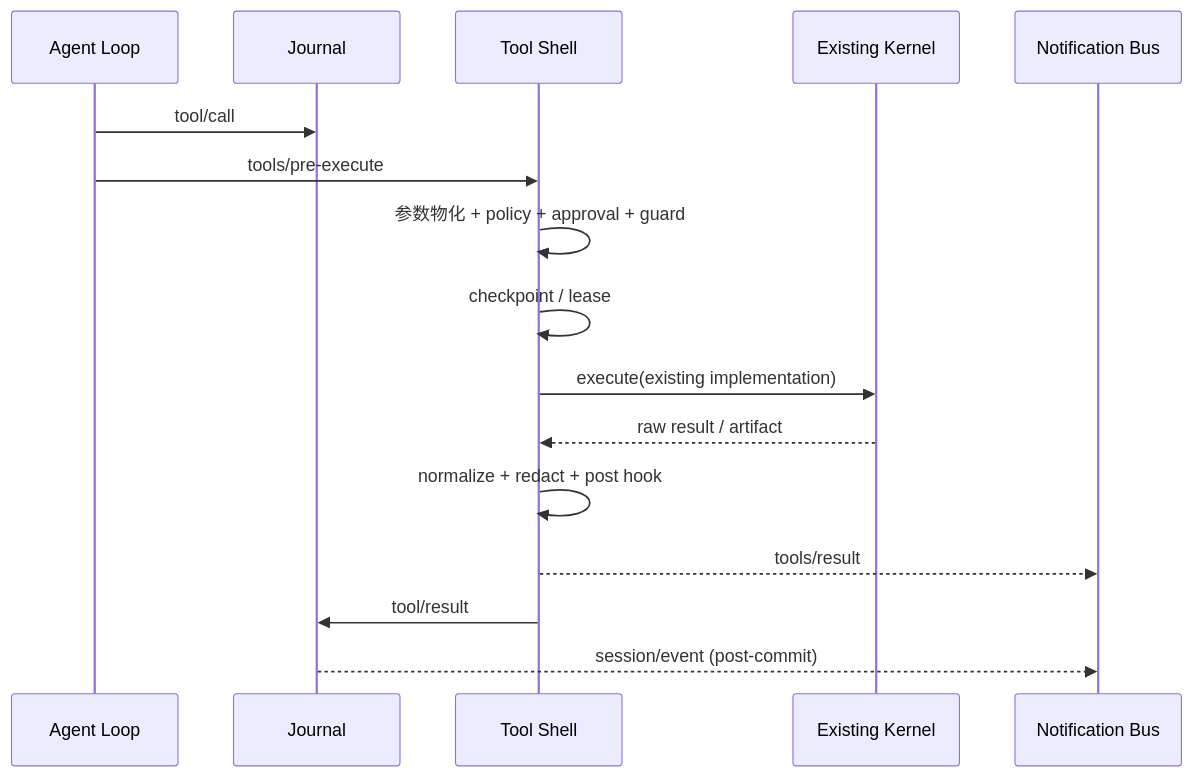
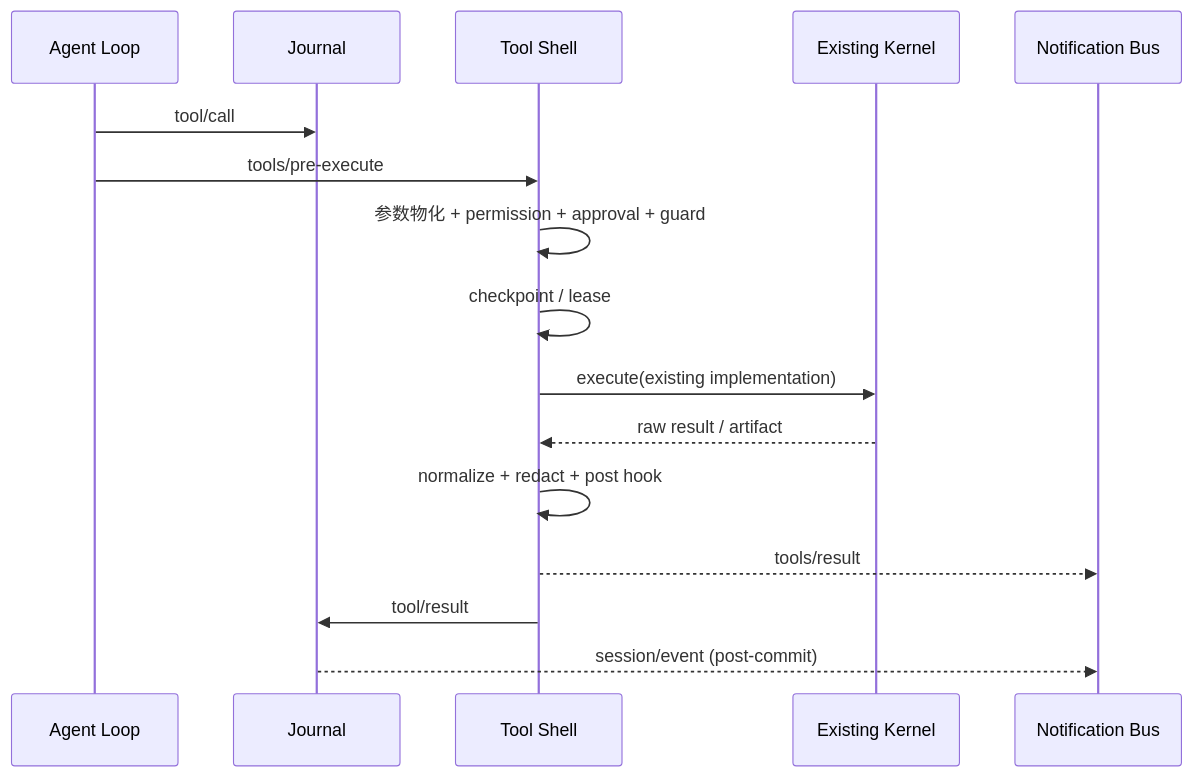
Before and after one commit to WakeUp-Jin/actspace-agent: the second of 2 diagrams in docs/design-docs/agent-plugin-runtime/agent-spec-tool-runtime-boundary.md, drawn with Mermaid. The commit also changed other lines of this file and 102 other files, not shown here.

````diff
--- a/docs/design-docs/agent-plugin-runtime/agent-spec-tool-runtime-boundary.md
+++ b/docs/design-docs/agent-plugin-runtime/agent-spec-tool-runtime-boundary.md
@@ -48,18 +48,18 @@
 ```mermaid
 sequenceDiagram
     participant A as Agent Loop
     participant J as Journal
     participant S as Tool Shell
     participant K as Existing Kernel
     participant N as Notification Bus
     A->>J: tool/call
     A->>S: tools/pre-execute
-    S->>S: 参数物化 + policy + approval + guard
+    S->>S: 参数物化 + permission + approval + guard
     S->>S: checkpoint / lease
     S->>K: execute(existing implementation)
     K-->>S: raw result / artifact
     S->>S: normalize + redact + post hook
     S-->>N: tools/result
     S->>J: tool/result
     J-->>N: session/event (post-commit)
 ```
````
